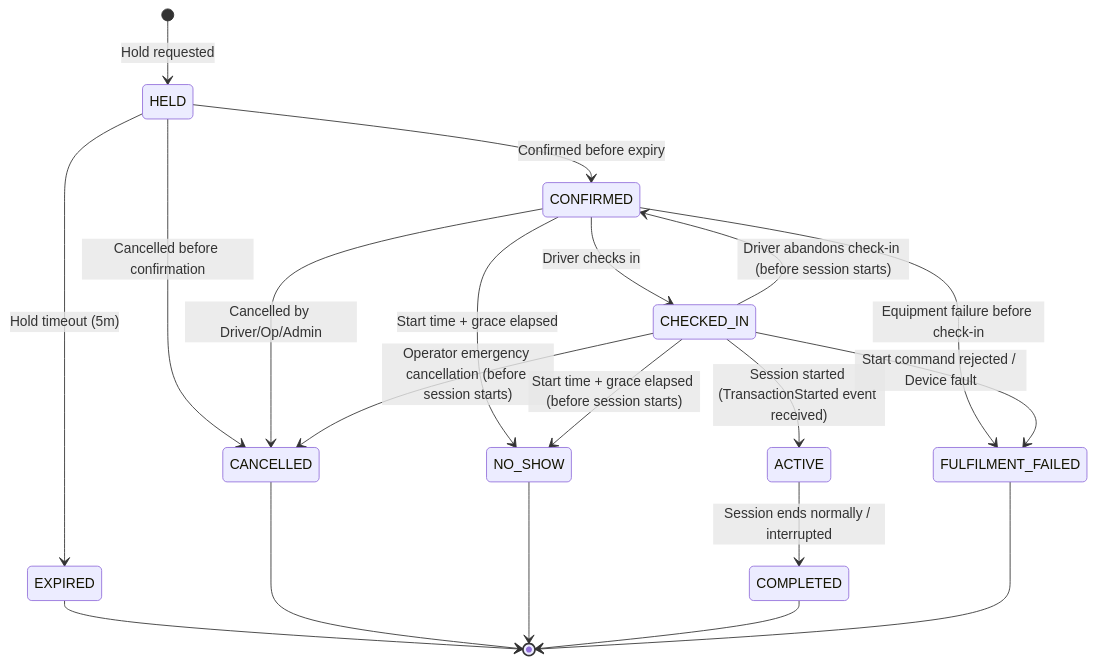
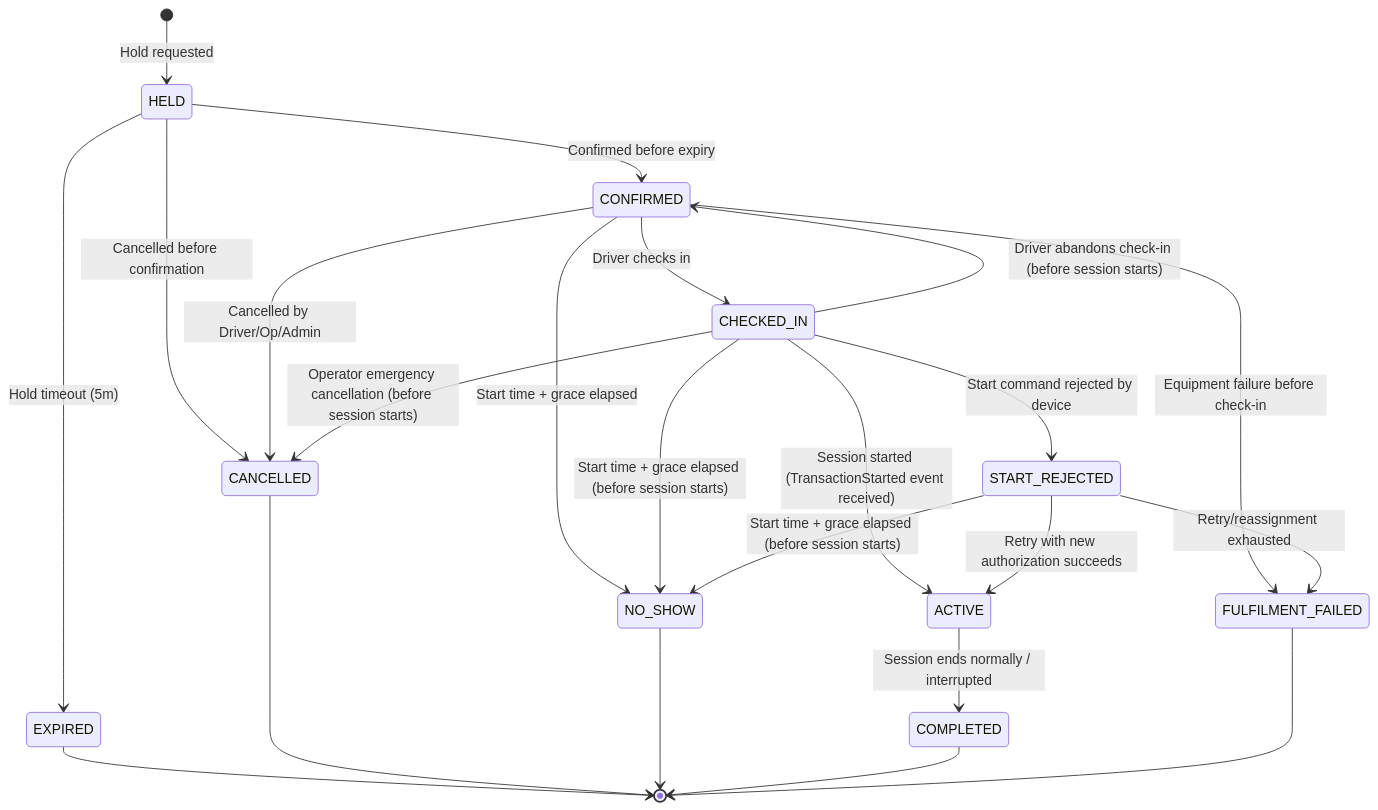
Before and after one commit to panospao7/Ev-chargind-station: the diagram in docs/03_domain/02_lifecycle_and_invariant_catalogue_v1.0.md, drawn with Mermaid. The commit also changed other lines of this file and 12 other files, not shown here.

````diff
--- a/docs/03_domain/02_lifecycle_and_invariant_catalogue_v1.0.md
+++ b/docs/03_domain/02_lifecycle_and_invariant_catalogue_v1.0.md
@@ -20,22 +20,25 @@
 ```mermaid
 stateDiagram-v2
     [*] --> HELD : Hold requested
     HELD --> CONFIRMED : Confirmed before expiry
     HELD --> EXPIRED : Hold timeout (5m)
     HELD --> CANCELLED : Cancelled before confirmation
     CONFIRMED --> CHECKED_IN : Driver checks in
     CONFIRMED --> CANCELLED : Cancelled by Driver/Op/Admin
     CONFIRMED --> NO_SHOW : Start time + grace elapsed
     CONFIRMED --> FULFILMENT_FAILED : Equipment failure before check-in
     CHECKED_IN --> ACTIVE : Session started (TransactionStarted event received)
-    CHECKED_IN --> FULFILMENT_FAILED : Start command rejected / Device fault
+    CHECKED_IN --> START_REJECTED : Start command rejected by device
     CHECKED_IN --> CONFIRMED : Driver abandons check-in (before session starts)
     CHECKED_IN --> CANCELLED : Operator emergency cancellation (before session starts)
     CHECKED_IN --> NO_SHOW : Start time + grace elapsed (before session starts)
+    START_REJECTED --> ACTIVE : Retry with new authorization succeeds
+    START_REJECTED --> FULFILMENT_FAILED : Retry/reassignment exhausted
+    START_REJECTED --> NO_SHOW : Start time + grace elapsed (before session starts)
     ACTIVE --> COMPLETED : Session ends normally / interrupted
     EXPIRED --> [*]
     CANCELLED --> [*]
     NO_SHOW --> [*]
     COMPLETED --> [*]
     FULFILMENT_FAILED --> [*]
 ```
````
